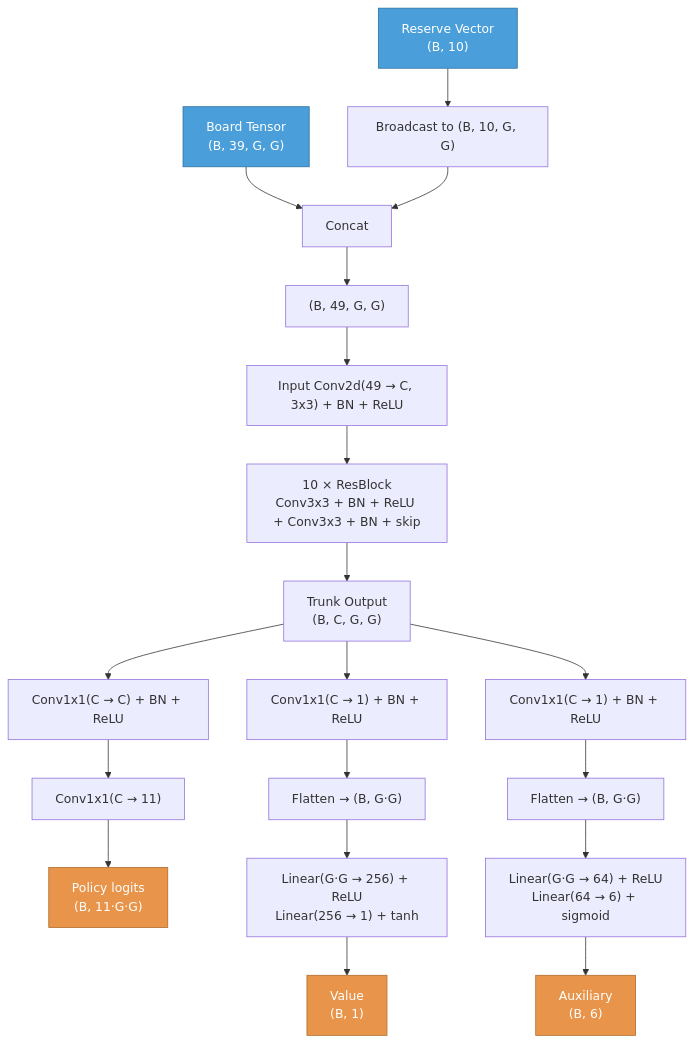
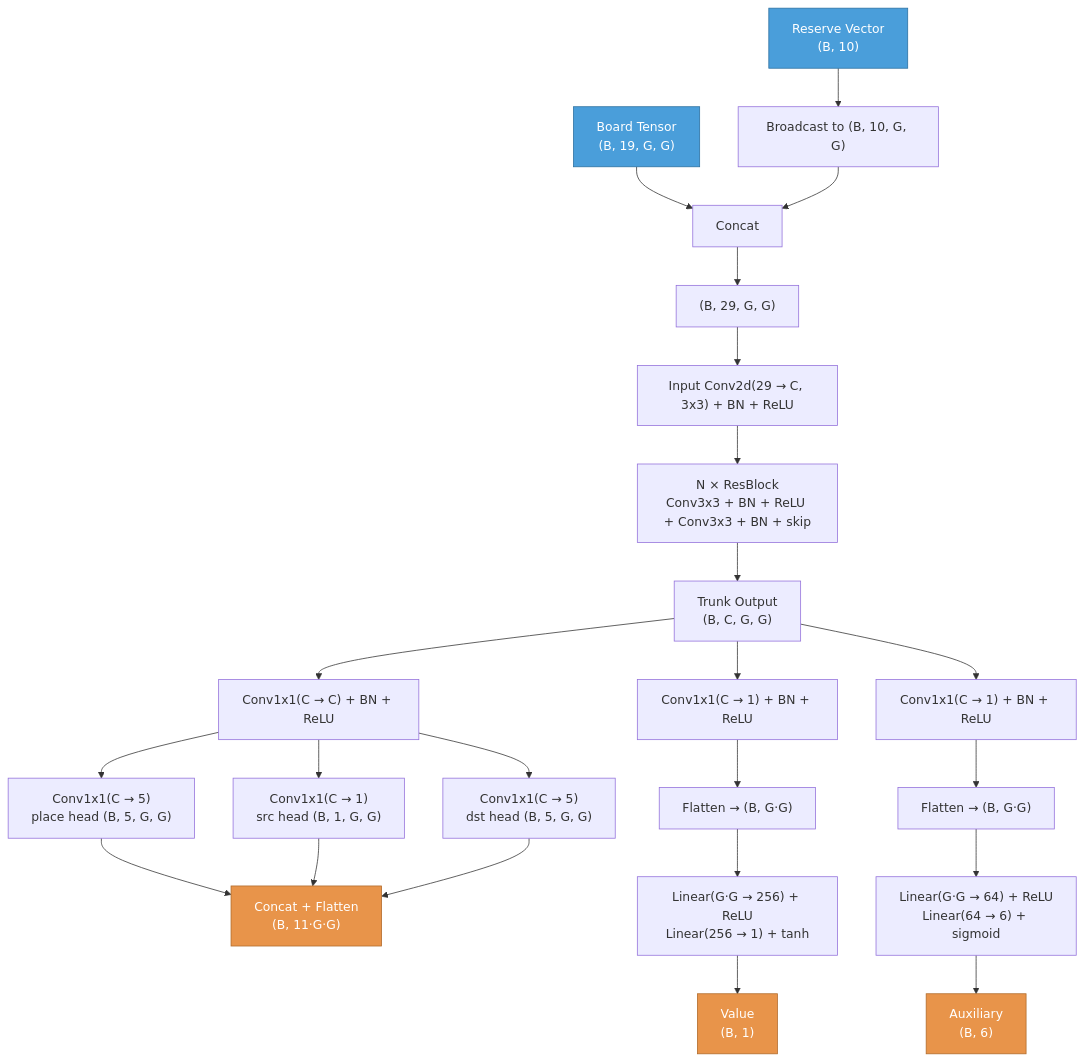
Before and after one commit to wldevries/hive-zero: the diagram in docs/hive_model.md, drawn with Mermaid. The commit also changed other lines of this file and 4 other files, not shown here.

First line of the commit message:
Upgrade dst policy head to piece-type-conditioned (5 channels)

````diff
--- a/docs/hive_model.md
+++ b/docs/hive_model.md
@@ -5,28 +5,32 @@
 ```mermaid
 graph TD
-    BT["Board Tensor<br/>(B, 39, G, G)"]:::input --> CAT["Concat"]
+    BT["Board Tensor<br/>(B, 19, G, G)"]:::input --> CAT["Concat"]
     RV["Reserve Vector<br/>(B, 10)"]:::input --> BC["Broadcast to (B, 10, G, G)"]
     BC --> CAT
-    CAT --> INPUT["(B, 49, G, G)"]
+    CAT --> INPUT["(B, 29, G, G)"]
 
-    INPUT --> IC["Input Conv2d(49 → C, 3x3) + BN + ReLU"]
-    IC --> RB["10 × ResBlock<br/>Conv3x3 + BN + ReLU + Conv3x3 + BN + skip"]
+    INPUT --> IC["Input Conv2d(29 → C, 3x3) + BN + ReLU"]
+    IC --> RB["N × ResBlock<br/>Conv3x3 + BN + ReLU + Conv3x3 + BN + skip"]
     RB --> TRUNK["Trunk Output<br/>(B, C, G, G)"]
 
     TRUNK --> PC["Conv1x1(C → C) + BN + ReLU"]
-    PC --> PO["Conv1x1(C → 11)"]
-    PO --> PFLAT["Policy logits<br/>(B, 11·G·G)"]:::output
+    PC --> PPL["Conv1x1(C → 5)<br/>place head (B, 5, G, G)"]
+    PC --> PSR["Conv1x1(C → 1)<br/>src head (B, 1, G, G)"]
+    PC --> PDT["Conv1x1(C → 5)<br/>dst head (B, 5, G, G)"]
+    PPL --> PFLAT["Concat + Flatten<br/>(B, 11·G·G)"]:::output
+    PSR --> PFLAT
+    PDT --> PFLAT
 
     TRUNK --> VC["Conv1x1(C → 1) + BN + ReLU"]
     VC --> VF["Flatten → (B, G·G)"]
     VF --> VFC["Linear(G·G → 256) + ReLU<br/>Linear(256 → 1) + tanh"]
     VFC --> VOUT["Value<br/>(B, 1)"]:::output
 
     TRUNK --> AC["Conv1x1(C → 1) + BN + ReLU"]
     AC --> AF["Flatten → (B, G·G)"]
     AF --> AFC["Linear(G·G → 64) + ReLU<br/>Linear(64 → 6) + sigmoid"]
     AFC --> AOUT["Auxiliary<br/>(B, 6)"]:::output
 
     classDef input fill:#4a9eda,stroke:#2a6fa0,color:#fff
     classDef output fill:#e8944a,stroke:#b06a2a,color:#fff
 ```
````
